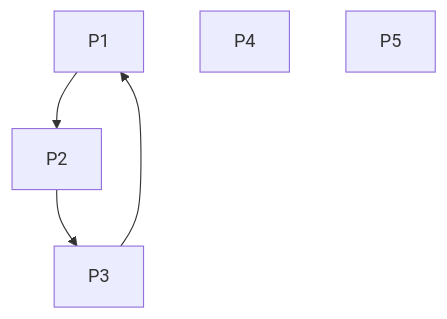
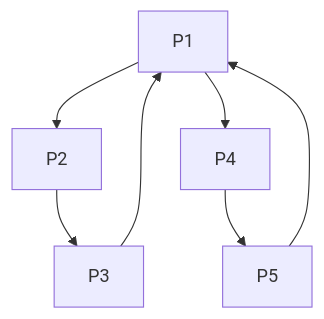
Before and after one commit to EmptyBlueBox/Blog: the ninth of 16 diagrams in src/content/post/operating_systems_note_11-zh.mdx, drawn with Mermaid. The commit also changed other lines of this file and 1 other file, not shown here.

````diff
--- a/src/content/post/operating_systems_note_11-zh.mdx
+++ b/src/content/post/operating_systems_note_11-zh.mdx
@@ -574,6 +594,5 @@
-    ```mermaid
-    graph TD
-        P1 --> P2 --> P3 --> P1
-        P4
-        P5
-    ```
+```mermaid
+graph TD
+    P1 --> P2 --> P3 --> P1
+    P1 --> P4 --> P5 --> P1
+```
````
